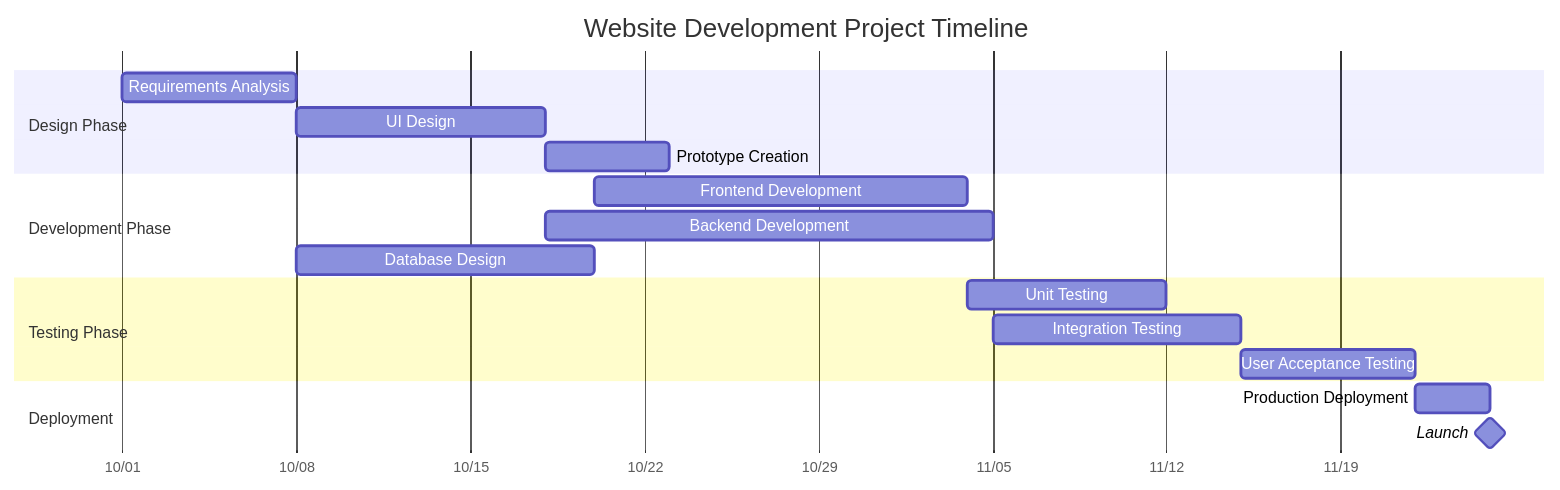
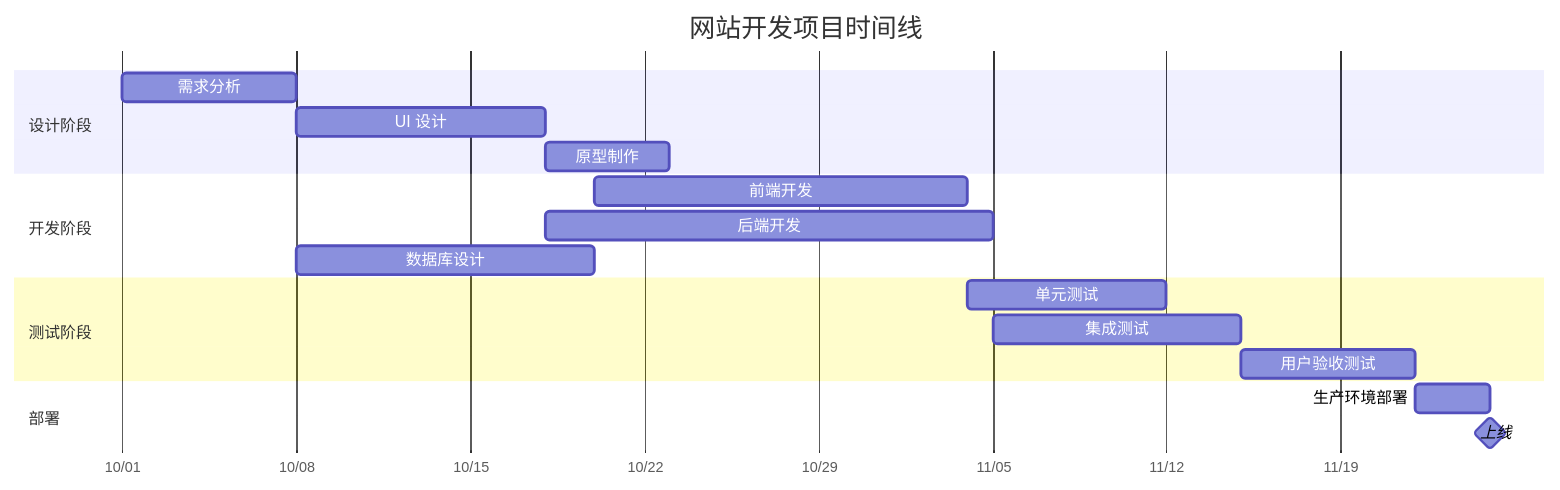
Before and after one commit to zpooi/mizuki: the third of 6 diagrams in src/content/posts/markdown-mermaid.md, drawn with Mermaid. The commit also changed other lines of this file and 6 other files, not shown here.

````diff
--- a/src/content/posts/markdown-mermaid.md
+++ b/src/content/posts/markdown-mermaid.md
@@ -75,25 +75,25 @@
 ```mermaid
 gantt
-    title Website Development Project Timeline
+    title 网站开发项目时间线
     dateFormat  YYYY-MM-DD
     axisFormat  %m/%d
     
-    section Design Phase
-    Requirements Analysis      :a1, 2023-10-01, 7d
-    UI Design                 :a2, after a1, 10d
-    Prototype Creation        :a3, after a2, 5d
+    section 设计阶段
+    需求分析              :a1, 2023-10-01, 7d
+    UI 设计               :a2, after a1, 10d
+    原型制作              :a3, after a2, 5d
     
-    section Development Phase
-    Frontend Development      :b1, 2023-10-20, 15d
-    Backend Development       :b2, after a2, 18d
-    Database Design           :b3, after a1, 12d
+    section 开发阶段
+    前端开发              :b1, 2023-10-20, 15d
+    后端开发              :b2, after a2, 18d
+    数据库设计            :b3, after a1, 12d
     
-    section Testing Phase
-    Unit Testing              :c1, after b1, 8d
-    Integration Testing       :c2, after b2, 10d
-    User Acceptance Testing   :c3, after c2, 7d
+    section 测试阶段
+    单元测试              :c1, after b1, 8d
+    集成测试              :c2, after b2, 10d
+    用户验收测试          :c3, after c2, 7d
     
-    section Deployment
-    Production Deployment     :d1, after c3, 3d
-    Launch                    :milestone, after d1, 0d
+    section 部署
+    生产环境部署          :d1, after c3, 3d
+    上线                  :milestone, after d1, 0d
 ```
````
